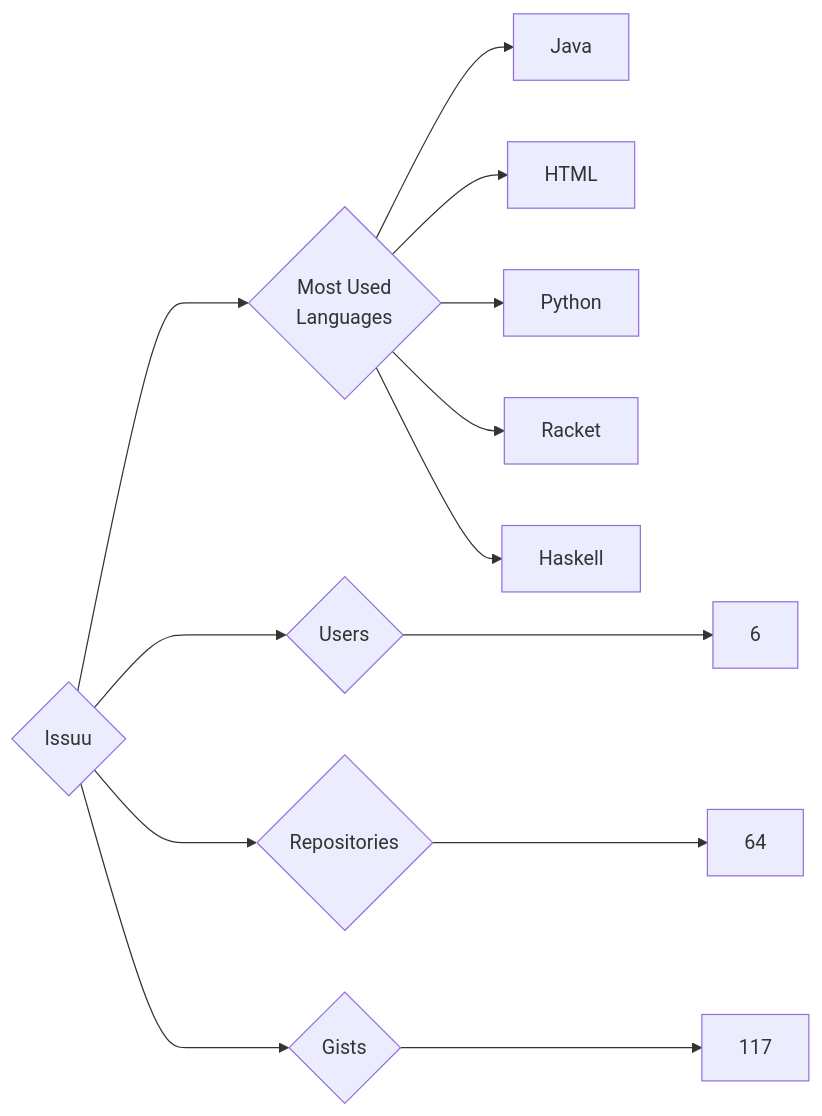
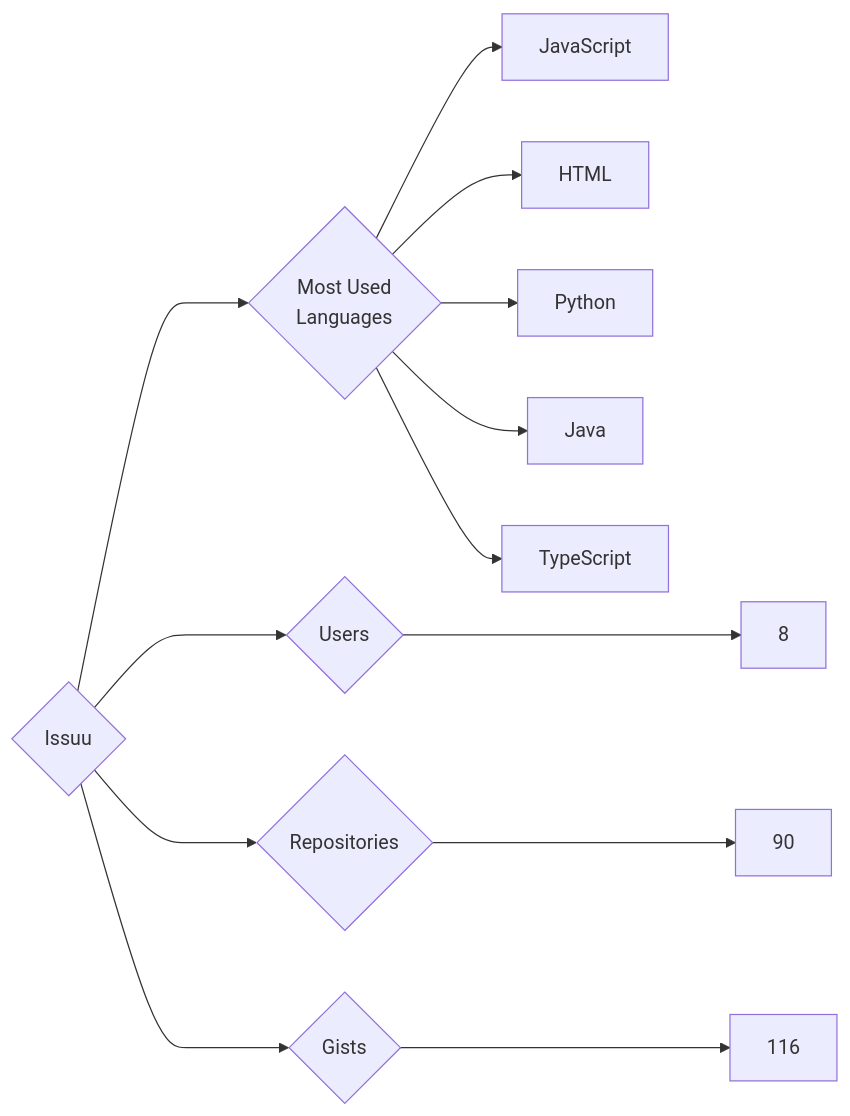
One commit to trickest/insiders changed the diagram in targets/Issuu/README.md. Above: the diagram before and after it, drawn with Mermaid. The commit also changed 786 other files, not shown here.

````diff
--- a/targets/Issuu/README.md
+++ b/targets/Issuu/README.md
@@ -3,13 +3,13 @@
 ```mermaid
 graph LR
 COMPANY_NAME{Issuu}
-COMPANY_NAME ---> U{Users} ---> UN[6]
-COMPANY_NAME ---> R{Repositories} ---> RN[64]
-COMPANY_NAME ---> G{Gists} ---> GN[117]
+COMPANY_NAME ---> U{Users} ---> UN[8]
+COMPANY_NAME ---> R{Repositories} ---> RN[90]
+COMPANY_NAME ---> G{Gists} ---> GN[116]
 COMPANY_NAME ---> ML{Most Used<br>Languages}
-ML --> Java[Java]
+ML --> JavaScript[JavaScript]
 ML --> HTML[HTML]
 ML --> Python[Python]
-ML --> Racket[Racket]
-ML --> Haskell[Haskell]
+ML --> Java[Java]
+ML --> TypeScript[TypeScript]
 ```
````
